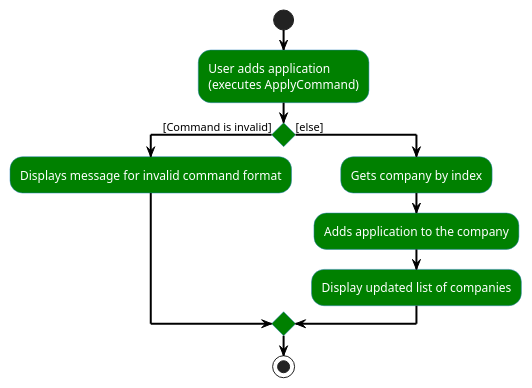
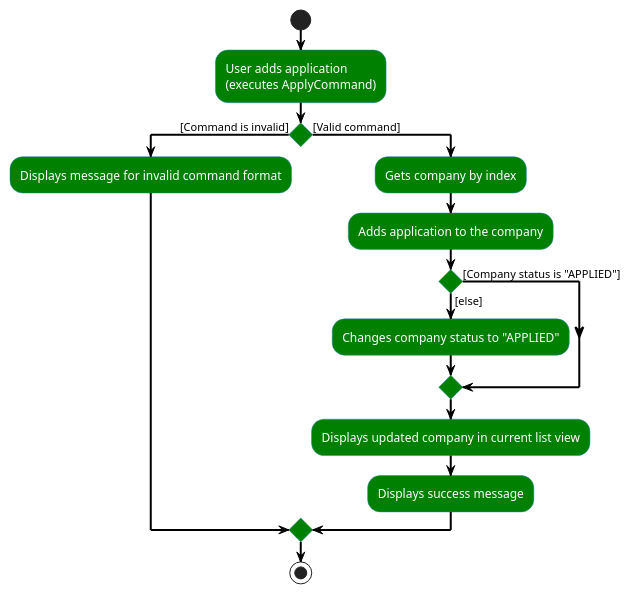
One commit to AY2425S1-CS2103T-T09-1/tp changed the diagram in diagrams/ApplyCommandActivity.puml. Above: the diagram before and after it, drawn with PlantUML. The commit also changed 31 other files, not shown here.

```diff
--- a/diagrams/ApplyCommandActivity.puml
+++ b/diagrams/ApplyCommandActivity.puml
@@ -1,28 +1,30 @@
 @startuml
 skinparam {
   backgroundColor white
-
   ArrowColor black
   ArrowThickness 2
-
   ActivityBackgroundColor green
   ActivityBorderColor #2980B9
   ActivityFontColor white
 }
-
 start
 :User adds application\n(executes ApplyCommand);
 
-If () then ([Command is invalid])
+if () then ([Command is invalid])
     :Displays message for invalid command format;
+else ([Valid command])
+    :Gets company by index;
 
-    else ([else])
+    :Adds application to the company;
 
-        :Gets company by index;
-        :Adds application to the company;
-        :Display updated list of companies;
+    if () then ([else])
+        :Changes company status to "APPLIED";
+    else ([Company status is "APPLIED"])
+    endif
+    :Displays updated company in current list view;
+    :Displays success message;
 
-        endif
+endif
 
 stop
 @enduml
```
